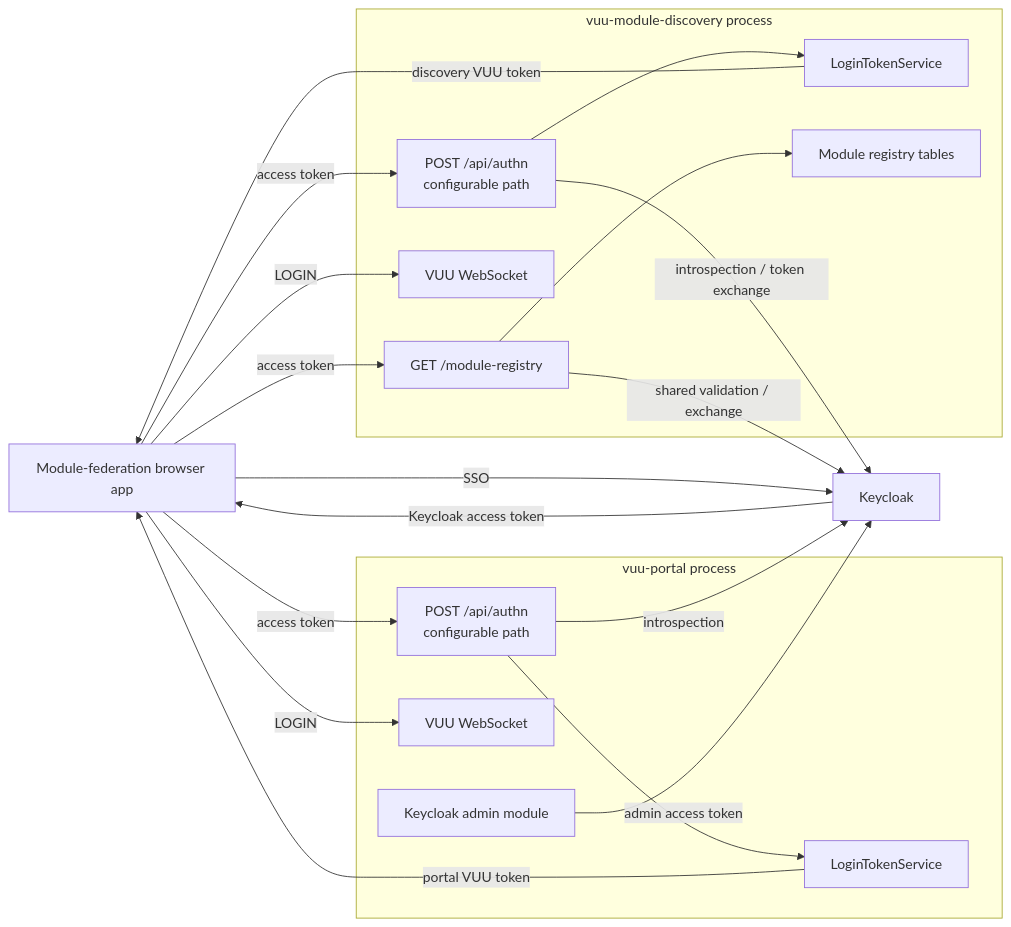
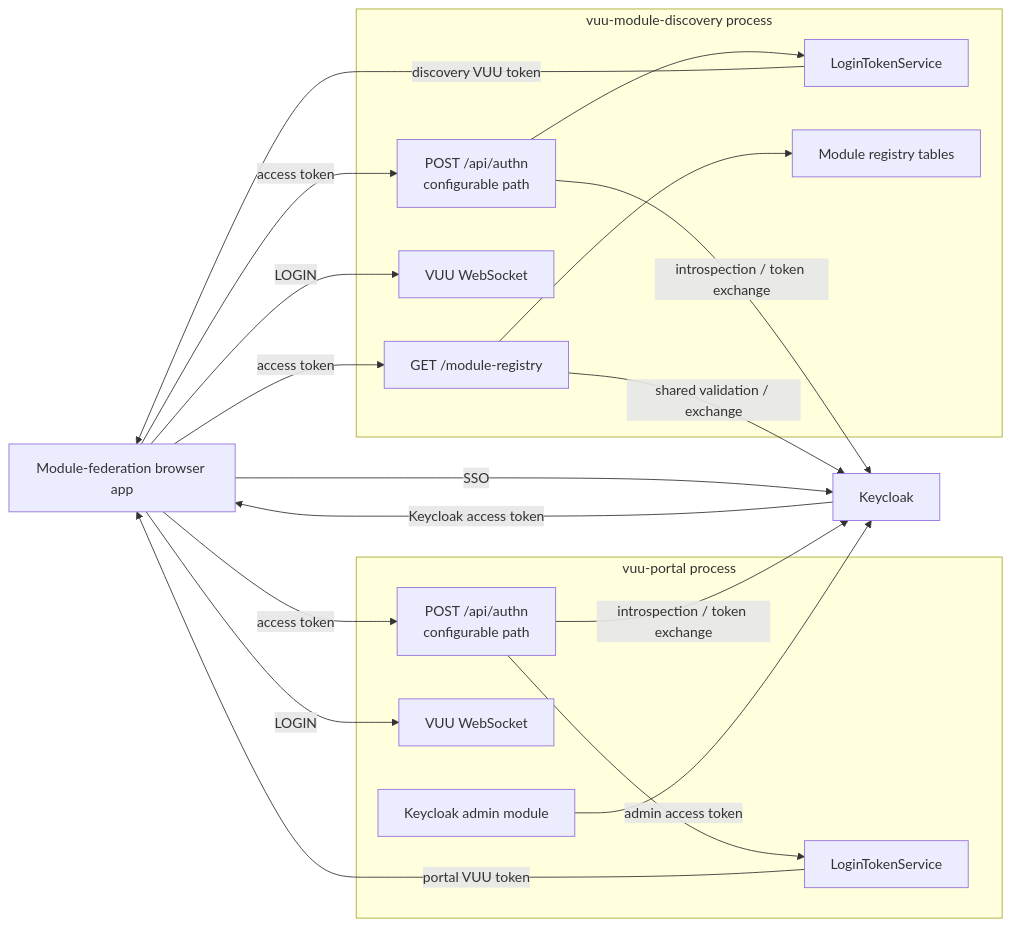
Before and after one commit to heswell/vuu-websocket: the diagram in docs/design/http-services-authentication.md, drawn with Mermaid. The commit also changed other lines of this file and 7 other files, not shown here.

Commit message:
finalise keycloak auth flow

````diff
--- a/docs/design/http-services-authentication.md
+++ b/docs/design/http-services-authentication.md
@@ -22,41 +22,41 @@
 ```mermaid
 flowchart LR
     Browser["Module-federation browser app"]
     Keycloak["Keycloak"]
 
     subgraph Portal["vuu-portal process"]
         PortalAuth["POST /api/authn<br/>configurable path"]
         PortalWs["VUU WebSocket"]
         PortalTokens["LoginTokenService"]
         PortalAdmin["Keycloak admin module"]
     end
 
     subgraph Discovery["vuu-module-discovery process"]
         DiscoveryAuth["POST /api/authn<br/>configurable path"]
         Registry["GET /module-registry"]
         DiscoveryWs["VUU WebSocket"]
         DiscoveryTokens["LoginTokenService"]
         RegistryTables["Module registry tables"]
     end
 
     Browser -->|"SSO"| Keycloak
     Keycloak -->|"Keycloak access token"| Browser
 
     Browser -->|"access token"| PortalAuth
-    PortalAuth -->|"introspection"| Keycloak
+   PortalAuth -->|"introspection / token exchange"| Keycloak
     PortalAuth --> PortalTokens
     PortalTokens -->|"portal VUU token"| Browser
     Browser -->|"LOGIN"| PortalWs
 
     Browser -->|"access token"| DiscoveryAuth
     DiscoveryAuth -->|"introspection / token exchange"| Keycloak
     DiscoveryAuth --> DiscoveryTokens
     DiscoveryTokens -->|"discovery VUU token"| Browser
     Browser -->|"LOGIN"| DiscoveryWs
 
     Browser -->|"access token"| Registry
     Registry -->|"shared validation / exchange"| Keycloak
     Registry --> RegistryTables
 
     PortalAdmin -->|"admin access token"| Keycloak
 ```
````
